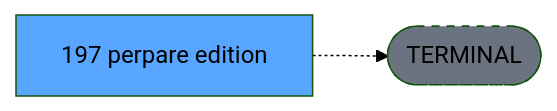
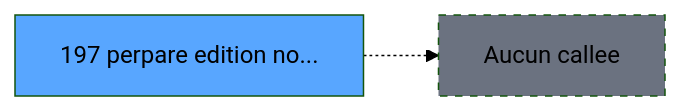
One commit to thonyAGP/magic-migration changed the third of 3 diagrams in .openspec/specs/ADH-IDE-197.md. Above: the diagram before and after it, drawn with Mermaid (forest theme). The commit also changed other lines of this file and 493 other files, not shown here.

````diff
--- a/.openspec/specs/ADH-IDE-197.md
+++ b/.openspec/specs/ADH-IDE-197.md
@@ -138,8 +143,8 @@
 ```mermaid
 graph LR
-    T[197 perpare edition]
-    TERM([TERMINAL])
-    T -.-> TERM
-    style TERM fill:#6b7280,stroke-dasharray: 5 5
-    style T fill:#58a6ff,color:#000
+    T197[197 perpare edition no...]
+    style T197 fill:#58a6ff
+    NONE[Aucun callee]
+    T197 -.-> NONE
+    style NONE fill:#6b7280,stroke-dasharray: 5 5
 ```
````
